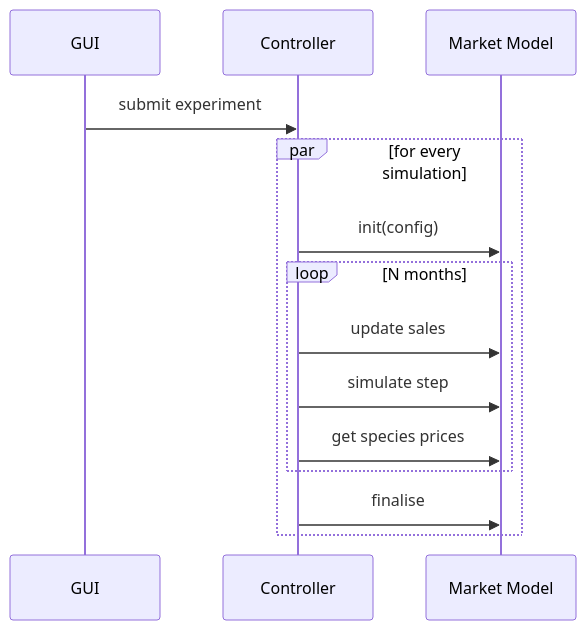
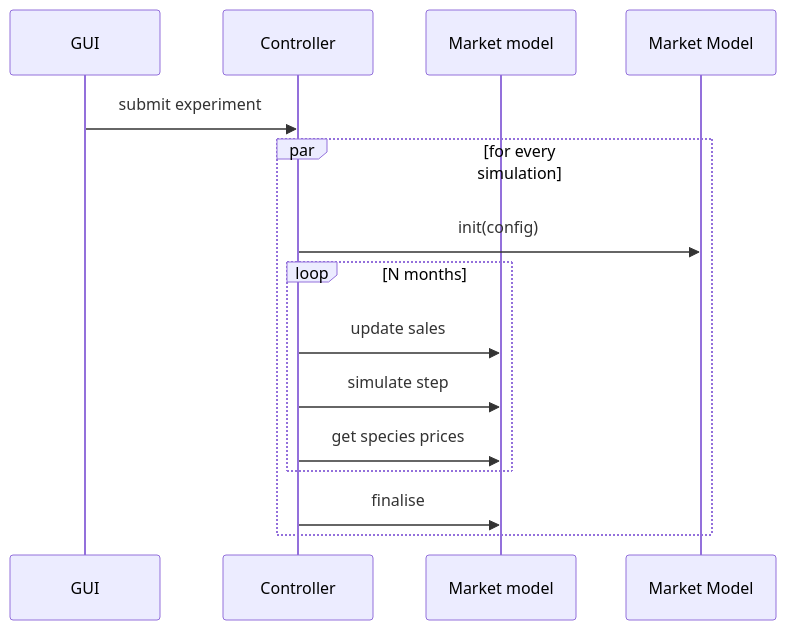
One commit to SURIMI-Project/SURIMI-project changed the first of 2 diagrams in deliverables/D3.1 - System dynamics model/D3.1 - System dynamics model.md. Above: the diagram before and after it, drawn with Mermaid.

Commit message:
Update D3.1 - System dynamics model.md

````diff
--- a/deliverables/D3.1 - System dynamics model/D3.1 - System dynamics model.md
+++ b/deliverables/D3.1 - System dynamics model/D3.1 - System dynamics model.md
@@ -59,20 +59,20 @@
 ```mermaid
 sequenceDiagram
     participant GUI
     participant Controller
-    participant Market Model
+    participant Market model
 
     GUI ->> Controller : submit experiment
 
     par for every simulation
         Controller ->> Market Model : init(config)
 
         loop N months
-            Controller ->> Market Model : update sales
-            Controller ->> Market Model : simulate step
-            Controller ->> Market Model : get species prices
+            Controller ->> Market model : update sales
+            Controller ->> Market model : simulate step
+            Controller ->> Market model : get species prices
         end
 
-        Controller ->> Market Model : finalise
+        Controller ->> Market model : finalise
     end
 ```
````
